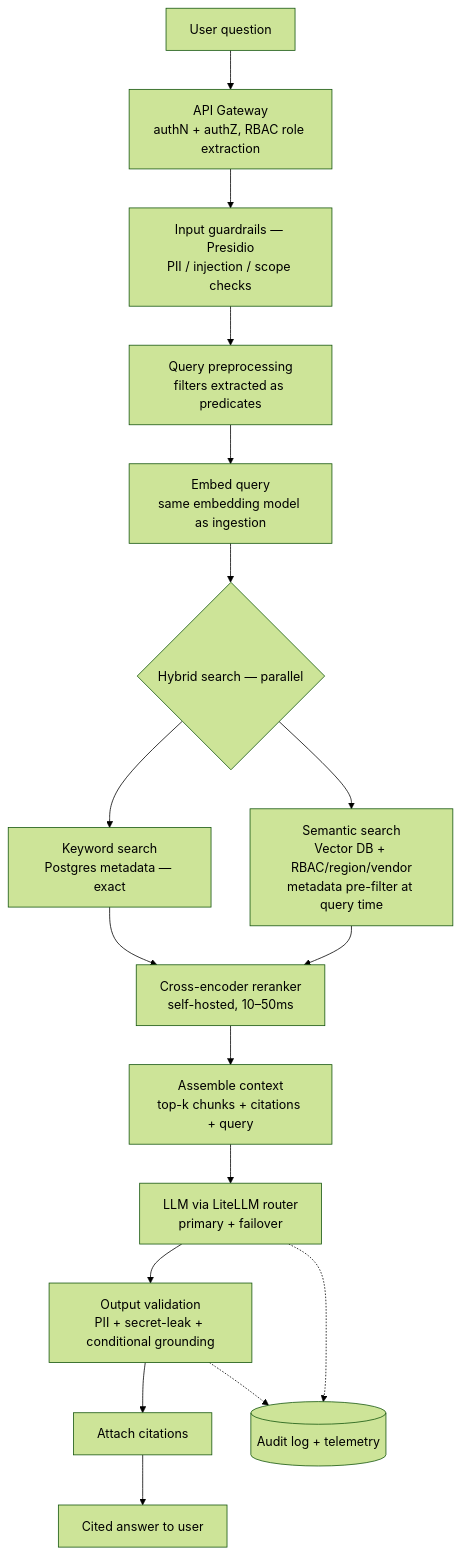
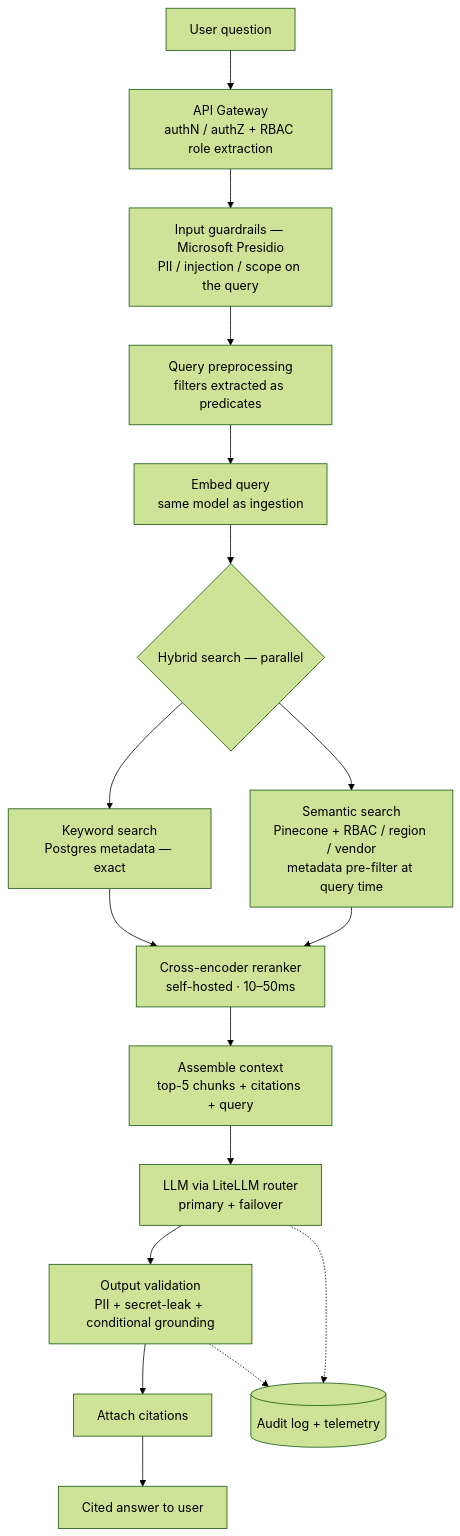
Before and after one commit to rajuslaw/rajuslaw: the second of 2 diagrams in contract-intelligence.md, drawn with Mermaid (forest theme). The commit also changed other lines of this file and 2 other files, not shown here.

````diff
--- a/contract-intelligence.md
+++ b/contract-intelligence.md
@@ -77,19 +120,19 @@
 ```mermaid
 flowchart TB
-    U[User question] --> GW[API Gateway<br/>authN + authZ, RBAC role extraction]
-    GW --> IG[Input guardrails — Presidio<br/>PII / injection / scope checks]
+    U[User question] --> GW[API Gateway<br/>authN / authZ + RBAC role extraction]
+    GW --> IG[Input guardrails — Microsoft Presidio<br/>PII / injection / scope on the query]
     IG --> QP[Query preprocessing<br/>filters extracted as predicates]
-    QP --> EMB[Embed query<br/>same embedding model as ingestion]
+    QP --> EMB[Embed query<br/>same model as ingestion]
     EMB --> HS{Hybrid search — parallel}
     HS --> KW[Keyword search<br/>Postgres metadata — exact]
-    HS --> SEM[Semantic search<br/>Vector DB + RBAC/region/vendor<br/>metadata pre-filter at query time]
-    KW --> RR[Cross-encoder reranker<br/>self-hosted, 10–50ms]
+    HS --> SEM[Semantic search<br/>Pinecone + RBAC / region / vendor<br/>metadata pre-filter at query time]
+    KW --> RR[Cross-encoder reranker<br/>self-hosted · 10–50ms]
     SEM --> RR
-    RR --> CTX[Assemble context<br/>top-k chunks + citations + query]
+    RR --> CTX[Assemble context<br/>top-5 chunks + citations + query]
     CTX --> LLM[LLM via LiteLLM router<br/>primary + failover]
     LLM --> OV[Output validation<br/>PII + secret-leak + conditional grounding]
     OV --> CI[Attach citations]
     CI --> R[Cited answer to user]
     LLM -.-> LOG[(Audit log + telemetry)]
     OV -.-> LOG
 ```
````
